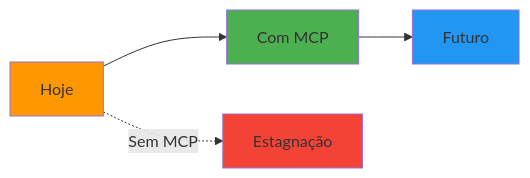
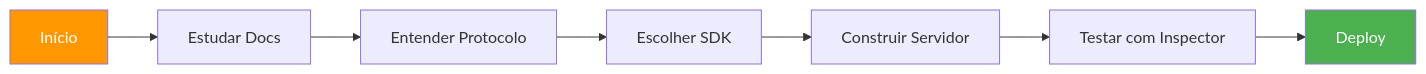
One commit to felipepimentel/my-public-notes changed diagram 18 of 28 in AI/Comunicação/MCP/00-mcp-presentation-zero to hero.md. Above: the diagram before and after it, drawn with Mermaid. The commit also changed other lines of this file, not shown here.

````diff
--- a/AI/Comunicação/MCP/00-mcp-presentation-zero to hero.md
+++ b/AI/Comunicação/MCP/00-mcp-presentation-zero to hero.md
@@ -636,12 +654,12 @@
 ```mermaid
 graph LR
-    TODAY[Hoje] --> MCP[Com MCP]
-    MCP --> FUTURE[Futuro]
+    START[Início] --> LEARN[Estudar Docs]
+    LEARN --> PROTO[Entender Protocolo]
+    PROTO --> SDK[Escolher SDK]
+    SDK --> BUILD[Construir Servidor]
+    BUILD --> TEST[Testar com Inspector]
+    TEST --> DEPLOY[Deploy]
     
-    TODAY -.->|Sem MCP| STUCK[Estagnação]
-    
-    style TODAY fill:#ff9800
-    style MCP fill:#4CAF50
-    style FUTURE fill:#2196F3
-    style STUCK fill:#f44336
+    style START fill:#ff9800,color:#fff
+    style DEPLOY fill:#4CAF50,color:#fff
 ```
````
